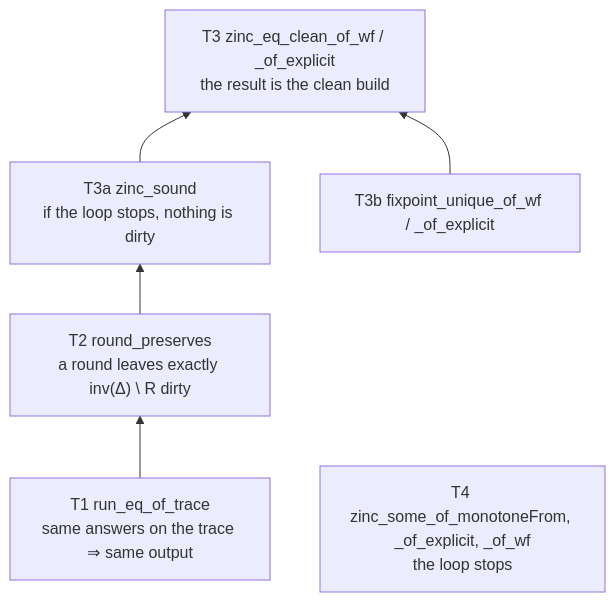
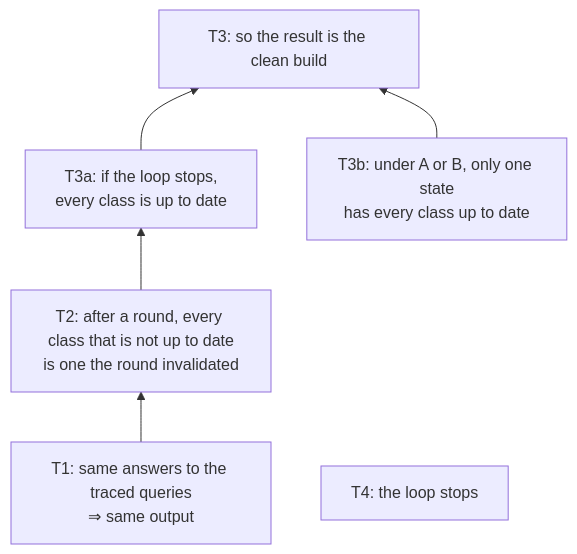
One commit to retronym/talks changed the third of 6 diagrams in zinc-lean/talk.md. Above: the diagram before and after it, drawn with Mermaid. The commit also changed other lines of this file and 1 other file, not shown here.

````diff
--- a/zinc-lean/talk.md
+++ b/zinc-lean/talk.md
@@ -493,9 +526,9 @@
 ```mermaid
 flowchart BT
-  T1["T1 run_eq_of_trace<br/>same answers on the trace ⇒ same output"] --> T2
-  T2["T2 round_preserves<br/>a round leaves exactly inv(Δ) \ R dirty"] --> T3a
-  T3a["T3a zinc_sound<br/>if the loop stops, nothing is dirty"] --> T3
-  U["T3b fixpoint_unique_of_wf / _of_explicit"] --> T3
-  T3["T3 zinc_eq_clean_of_wf / _of_explicit<br/>the result is the clean build"]
-  T4["T4 zinc_some_of_monotoneFrom, _of_explicit, _of_wf<br/>the loop stops"]
+  T1["T1: same answers to the traced queries<br/>⇒ same output"] --> T2
+  T2["T2: after a round, every class that is not up to date<br/>is one the round invalidated"] --> T3a
+  T3a["T3a: if the loop stops,<br/>every class is up to date"] --> T3
+  U["T3b: under A or B, only one state<br/>has every class up to date"] --> T3
+  T3["T3: so the result is the clean build"]
+  T4["T4: the loop stops"]
 ```
````
